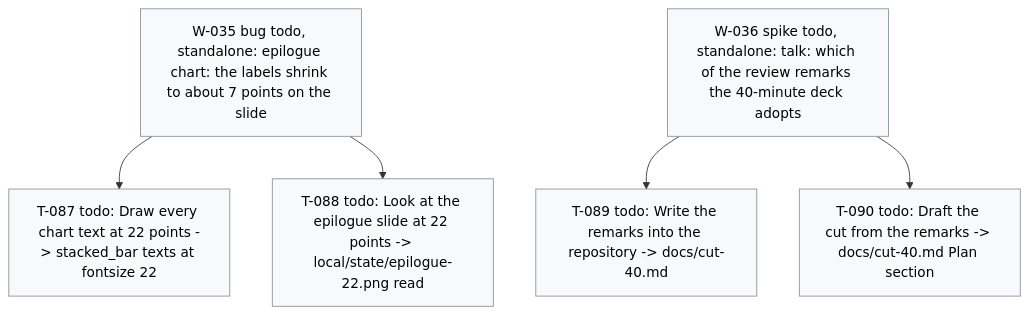
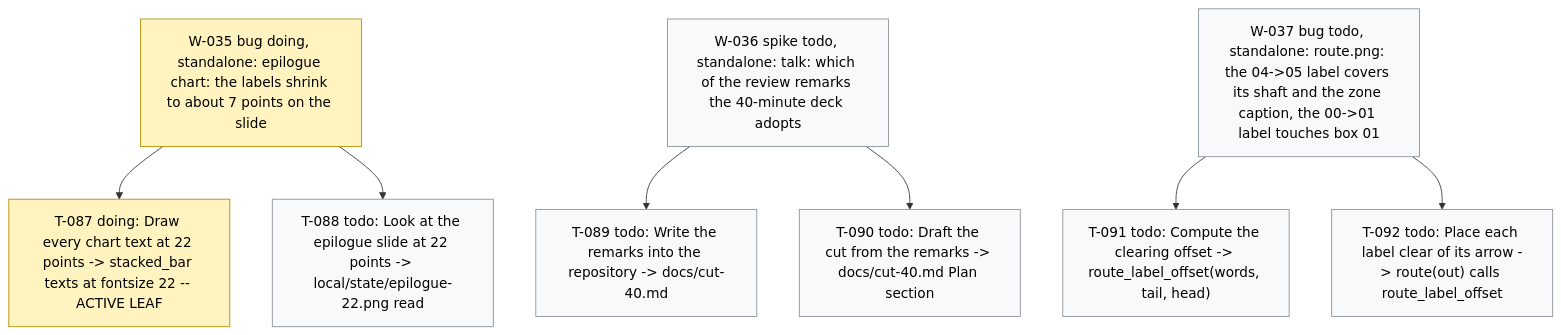
Before and after one commit to dpopchev/chaos-to-simple: the diagram in .board/BOARD.md, drawn with Mermaid. The commit also changed other lines of this file and 2 other files, not shown here.

Commit message:
chore(board): activate W-035, start T-087
Refs: W-035 T-087

````diff
--- a/.board/BOARD.md
+++ b/.board/BOARD.md
@@ -235,15 +236,19 @@
 ```mermaid
 flowchart TD
-  W035["W-035 bug todo, standalone: epilogue chart: the labels shrink to about 7 points on the slide"]
-  W035 --> T087["T-087 todo: Draw every chart text at 22 points -> stacked_bar texts at fontsize 22"]
+  W035["W-035 bug doing, standalone: epilogue chart: the labels shrink to about 7 points on the slide"]
+  W035 --> T087["T-087 doing: Draw every chart text at 22 points -> stacked_bar texts at fontsize 22 -- ACTIVE LEAF"]
   W035 --> T088["T-088 todo: Look at the epilogue slide at 22 points -> local/state/epilogue-22.png read"]
   W036["W-036 spike todo, standalone: talk: which of the review remarks the 40-minute deck adopts"]
   W036 --> T089["T-089 todo: Write the remarks into the repository -> docs/cut-40.md"]
   W036 --> T090["T-090 todo: Draft the cut from the remarks -> docs/cut-40.md Plan section"]
+  W037["W-037 bug todo, standalone: route.png: the 04->05 label covers its shaft and the zone caption, the 00->01 label touches box 01"]
+  W037 --> T091["T-091 todo: Compute the clearing offset -> route_label_offset(words, tail, head)"]
+  W037 --> T092["T-092 todo: Place each label clear of its arrow -> route(out) calls route_label_offset"]
   classDef doing fill:#fff3bf,stroke:#b58900,color:#000;
   classDef blocked fill:#ffe3e3,stroke:#c92a2a,color:#000;
   classDef done fill:#e6ffed,stroke:#2b8a3e,color:#000;
   classDef todo fill:#f8f9fa,stroke:#868e96,color:#000;
   classDef pruned fill:#f1f3f5,stroke:#adb5bd,color:#000;
-  class W035,T087,T088,W036,T089,T090 todo
+  class W035,T087 doing
+  class T088,W036,T089,T090,W037,T091,T092 todo
 ```
````
